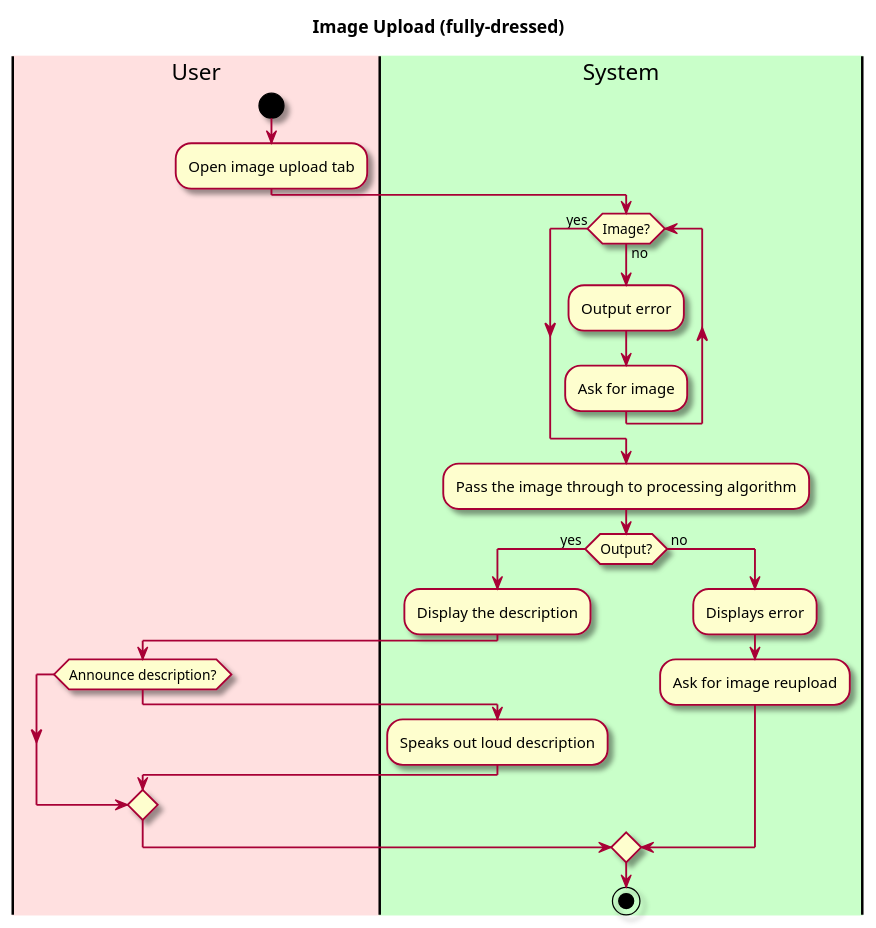
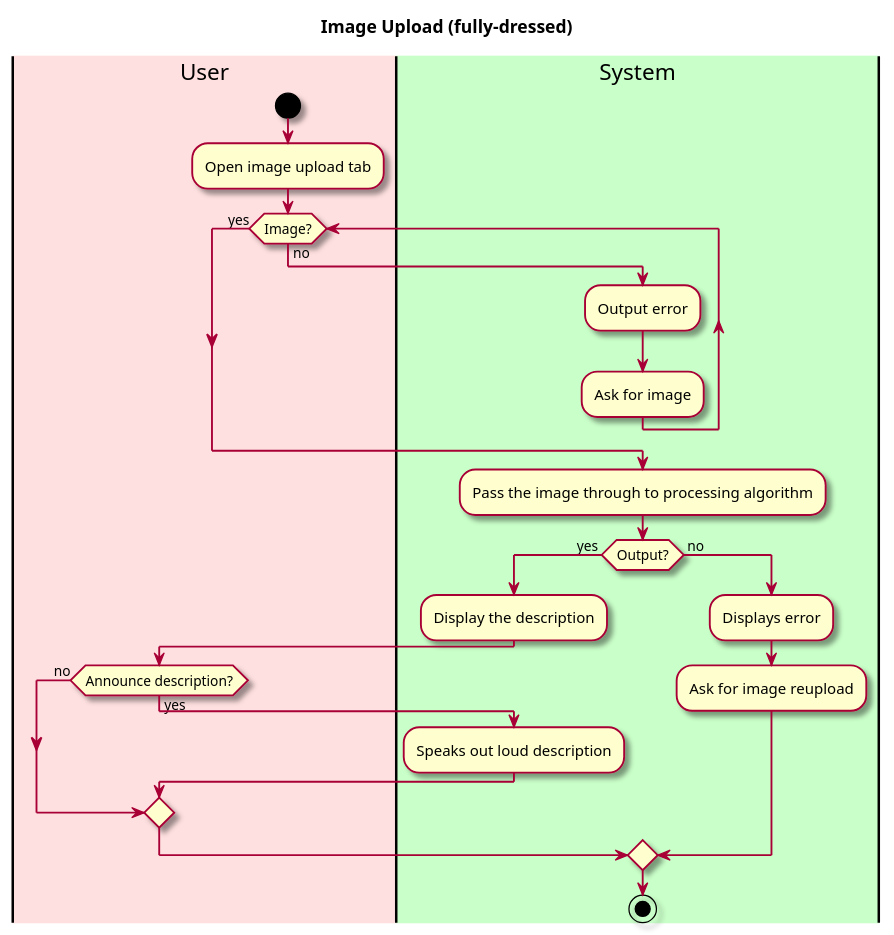
The diagram in intellij/doc/use-cases/process-image.md (tonyh1306/OBRE-Vision-through-a-screen), drawn with PlantUML before and after one commit. The commit also changed 5 other files, not shown here.

````diff
--- a/intellij/doc/use-cases/process-image.md
+++ b/intellij/doc/use-cases/process-image.md
@@ -29,37 +29,38 @@
 ```plantuml
 @startuml
 
 skin rose
 
 title Image Upload (fully-dressed)
 
 'define the lanes
 |#implementation|User|
 |#technology|System|
 
 |User|
 start
 :Open image upload tab;
 
+while (Image?) is (no) 
 |System|
-while (Image?) is (no) 
   :Output error;
   :Ask for image;  
 endwhile(yes)
 
 :Pass the image through to processing algorithm;
 if (Output?) is ( yes ) then
     :Display the description;
     
     |User|
-    if (Announce description?) then
+    if (Announce description?) is (yes) then
     |System|
     :Speaks out loud description;
+    else (no)
     endif
 else ( no )
 :Displays error;
 :Ask for image reupload;
 endif
 stop
 @enduml
 ```
````
